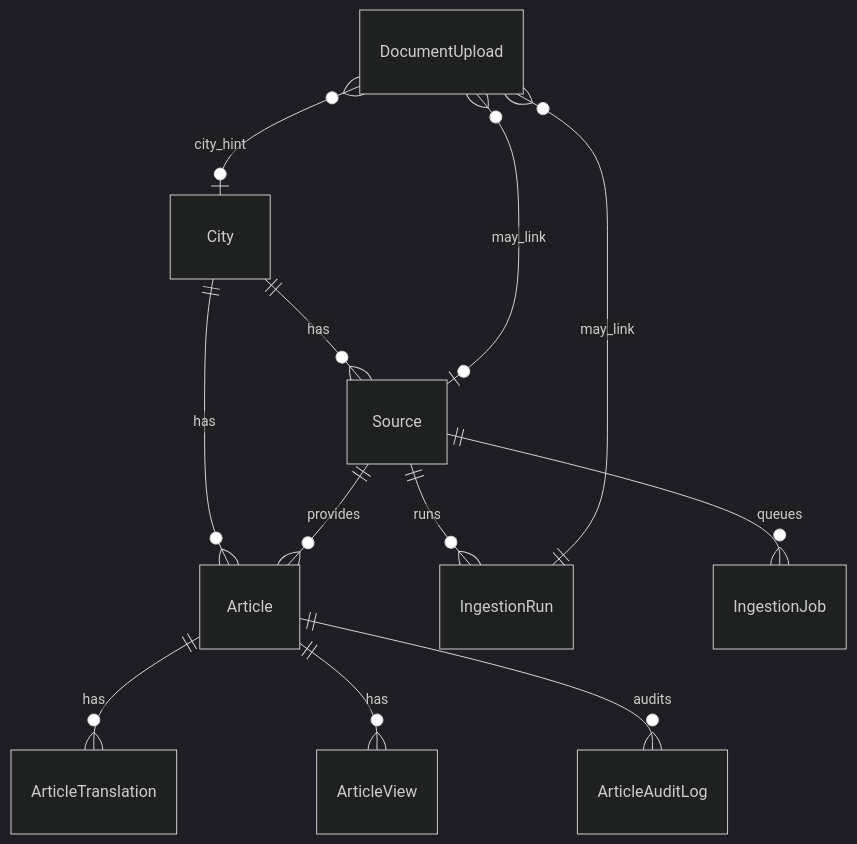
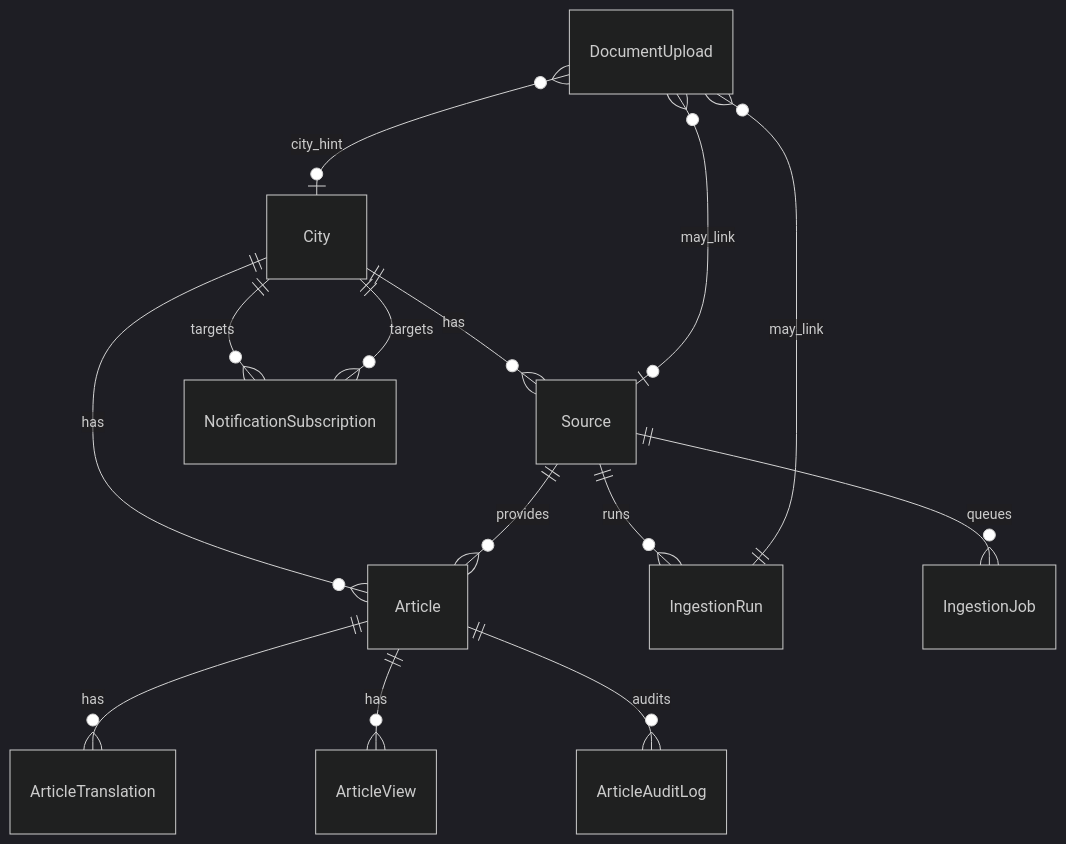
One commit to sshivanshg/TAZAkhabar changed the first of 2 diagrams in docs/architecture/03-data-model.md. Above: the diagram before and after it, drawn with Mermaid (dark theme). The commit also changed other lines of this file and 36 other files, not shown here.

````diff
--- a/docs/architecture/03-data-model.md
+++ b/docs/architecture/03-data-model.md
@@ -17,14 +17,16 @@
 ```mermaid
 erDiagram
   City ||--o{ Article : has
   City ||--o{ Source : has
   Source ||--o{ Article : provides
   Source ||--o{ IngestionRun : runs
   Source ||--o{ IngestionJob : queues
   Article ||--o{ ArticleTranslation : has
   Article ||--o{ ArticleView : has
   Article ||--o{ ArticleAuditLog : audits
+  City ||--o{ NotificationSubscription : targets
   DocumentUpload }o--|| IngestionRun : may_link
   DocumentUpload }o--o| Source : may_link
   DocumentUpload }o--o| City : city_hint
+  NotificationSubscription }o--|| City : targets
 ```
````
